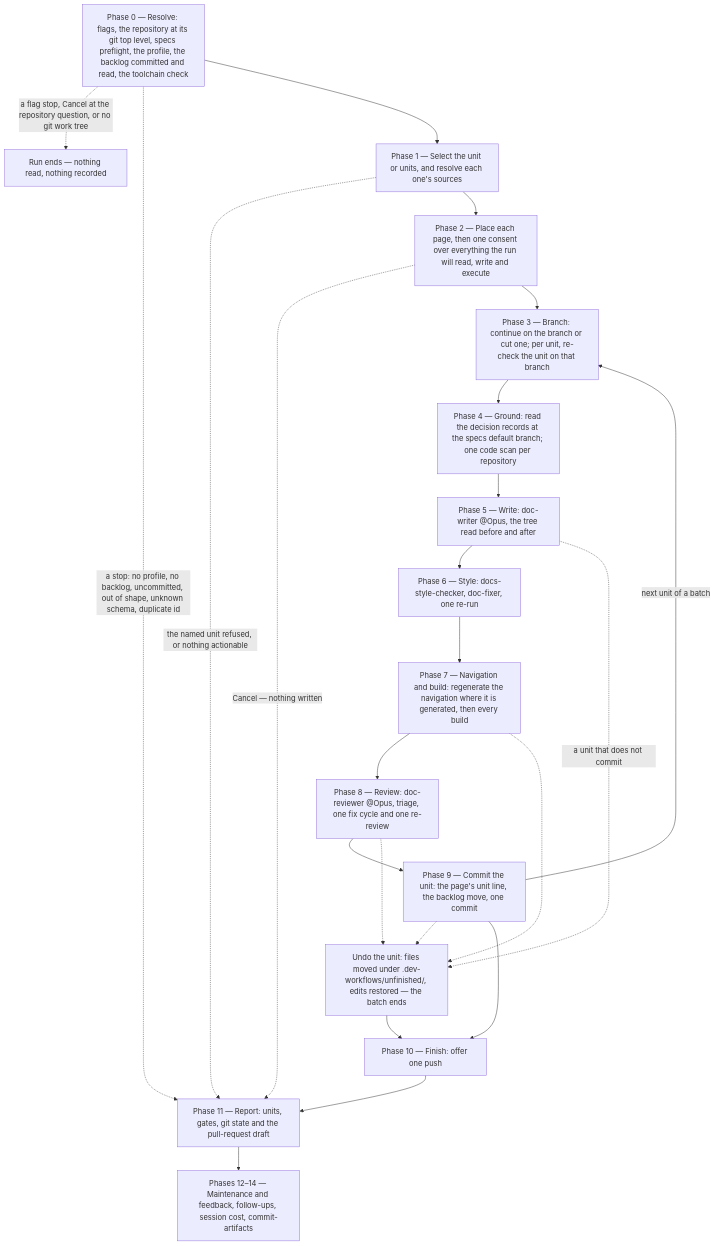
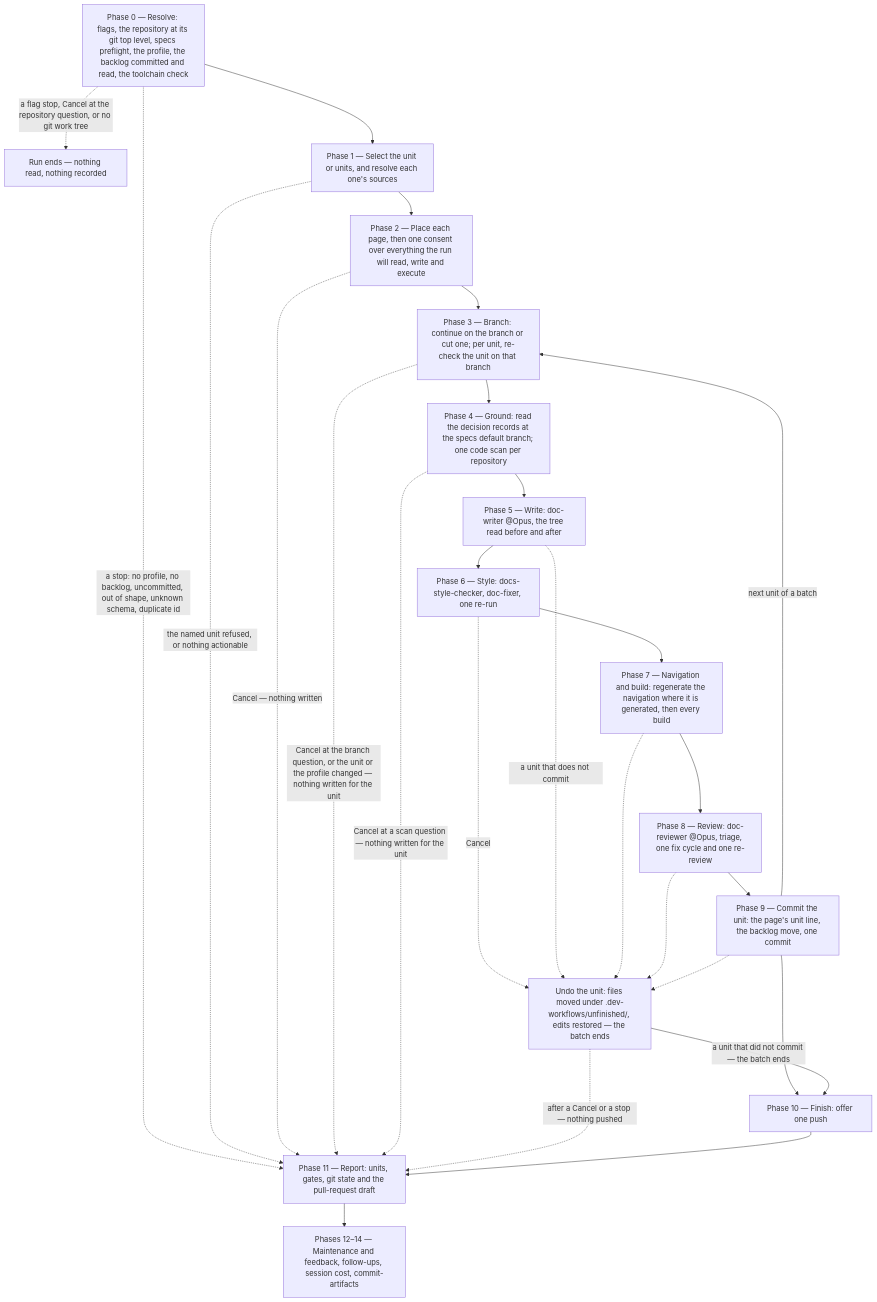
The diagram in plugins/docs-workflows/docs/commands/docs-write.md (ihudak/ai-workflows), drawn with Mermaid before and after one commit. The commit also changed other lines of this file and 6 other files, not shown here.

````diff
--- a/plugins/docs-workflows/docs/commands/docs-write.md
+++ b/plugins/docs-workflows/docs/commands/docs-write.md
@@ -43,26 +43,30 @@
 ```mermaid
 flowchart TD
     p0["Phase 0 — Resolve: flags, the repository at its git top level, specs preflight, the profile, the backlog committed and read, the toolchain check"]
     p0 -.->|"a flag stop, Cancel at the repository question, or no git work tree"| runend["Run ends — nothing read, nothing recorded"]
     p0 -.->|"a stop: no profile, no backlog, uncommitted, out of shape, unknown schema, duplicate id"| p11
     p0 --> p1["Phase 1 — Select the unit or units, and resolve each one's sources"]
     p1 -.->|"the named unit refused, or nothing actionable"| p11
     p1 --> p2["Phase 2 — Place each page, then one consent over everything the run will read, write and execute"]
     p2 -.->|"Cancel — nothing written"| p11
     p2 --> p3["Phase 3 — Branch: continue on the branch or cut one; per unit, re-check the unit on that branch"]
+    p3 -.->|"Cancel at the branch question, or the unit or the profile changed — nothing written for the unit"| p11
     p3 --> p4["Phase 4 — Ground: read the decision records at the specs default branch; one code scan per repository"]
+    p4 -.->|"Cancel at a scan question — nothing written for the unit"| p11
     p4 --> p5["Phase 5 — Write: doc-writer @Opus, the tree read before and after"]
     p5 --> p6["Phase 6 — Style: docs-style-checker, doc-fixer, one re-run"]
+    p6 -.->|"Cancel"| undo
     p6 --> p7["Phase 7 — Navigation and build: regenerate the navigation where it is generated, then every build"]
     p7 --> p8["Phase 8 — Review: doc-reviewer @Opus, triage, one fix cycle and one re-review"]
     p8 --> p9["Phase 9 — Commit the unit: the page's unit line, the backlog move, one commit"]
     p5 -.->|"a unit that does not commit"| undo["Undo the unit: files moved under .dev-workflows/unfinished/, edits restored — the batch ends"]
     p7 -.-> undo
     p8 -.-> undo
     p9 -.-> undo
     p9 -->|"next unit of a batch"| p3
     p9 --> p10["Phase 10 — Finish: offer one push"]
-    undo --> p10
+    undo -->|"a unit that did not commit — the batch ends"| p10
+    undo -.->|"after a Cancel or a stop — nothing pushed"| p11
     p10 --> p11["Phase 11 — Report: units, gates, git state and the pull-request draft"]
     p11 --> tail["Phases 12–14 — Maintenance and feedback, follow-ups, session cost, commit-artifacts"]
 ```
````
